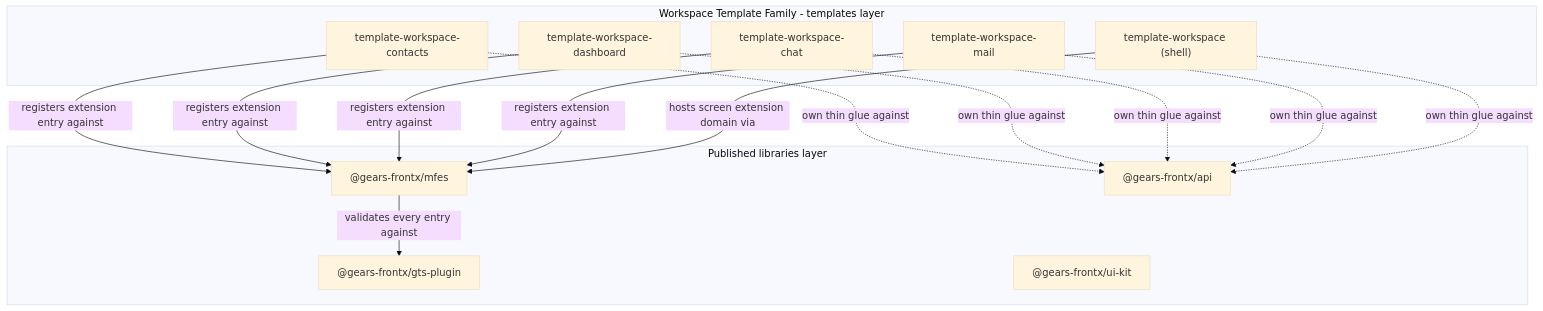
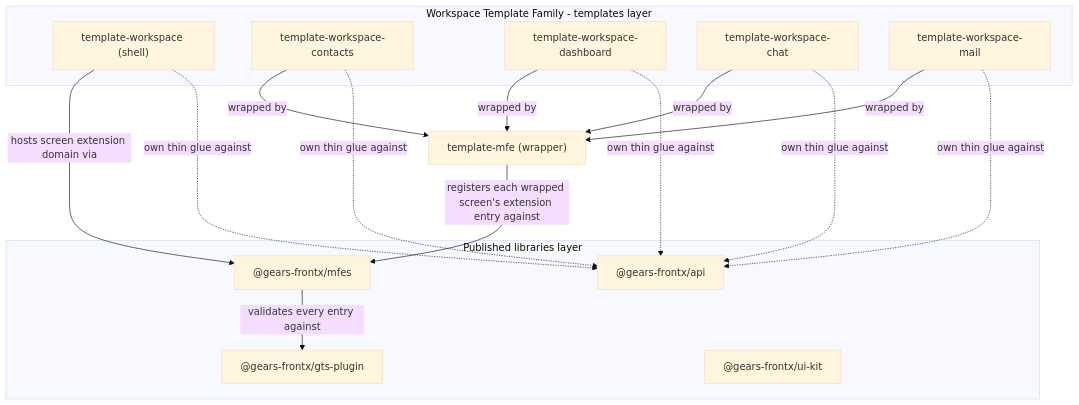
Before and after one commit to constructorfabric/gears-frontx-templates: the first of 2 diagrams in architecture/workspace-templates/DESIGN.md, drawn with Mermaid (base theme). The commit also changed other lines of this file and 3 other files, not shown here.

````diff
--- a/architecture/workspace-templates/DESIGN.md
+++ b/architecture/workspace-templates/DESIGN.md
@@ -101,27 +102,29 @@
 ```mermaid
 graph TD
     subgraph Family[Workspace Template Family - templates layer]
         Shell["template-workspace (shell)"]
         Contacts["template-workspace-contacts"]
         Dashboard["template-workspace-dashboard"]
         Chat["template-workspace-chat"]
         Mail["template-workspace-mail"]
     end
+    MFEW["template-mfe (wrapper)"]
     subgraph Libs[Published libraries layer]
         MFES["@gears-frontx/mfes"]
         GTS["@gears-frontx/gts-plugin"]
         API["@gears-frontx/api"]
         UIKIT["@gears-frontx/ui-kit"]
     end
-    Contacts -- "registers extension entry against" --> MFES
-    Dashboard -- "registers extension entry against" --> MFES
-    Chat -- "registers extension entry against" --> MFES
-    Mail -- "registers extension entry against" --> MFES
+    Contacts -- "wrapped by" --> MFEW
+    Dashboard -- "wrapped by" --> MFEW
+    Chat -- "wrapped by" --> MFEW
+    Mail -- "wrapped by" --> MFEW
+    MFEW -- "registers each wrapped screen's extension entry against" --> MFES
     Shell -- "hosts screen extension domain via" --> MFES
     MFES -- "validates every entry against" --> GTS
     Contacts -. "own thin glue against" .-> API
     Dashboard -. "own thin glue against" .-> API
     Chat -. "own thin glue against" .-> API
     Mail -. "own thin glue against" .-> API
     Shell -. "own thin glue against" .-> API
 ```
````
